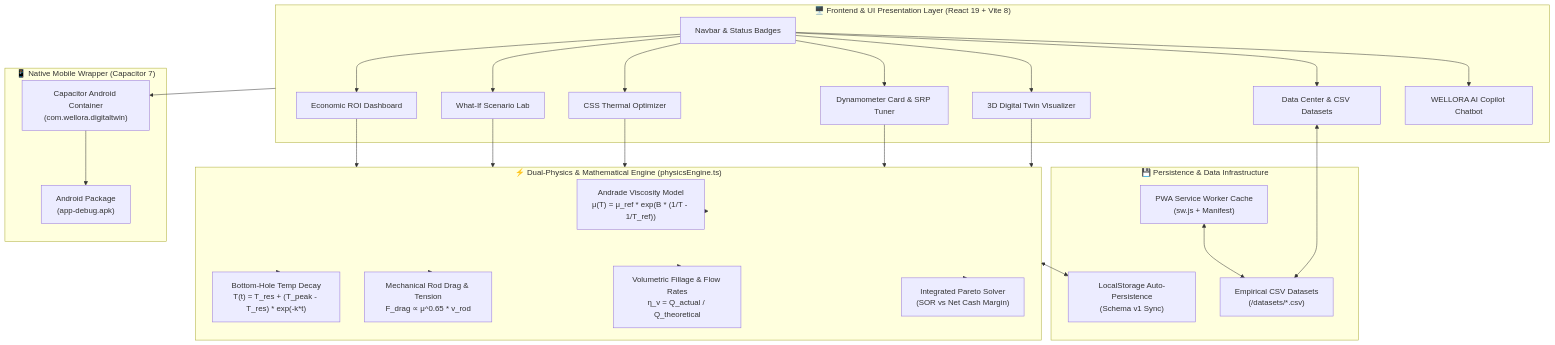
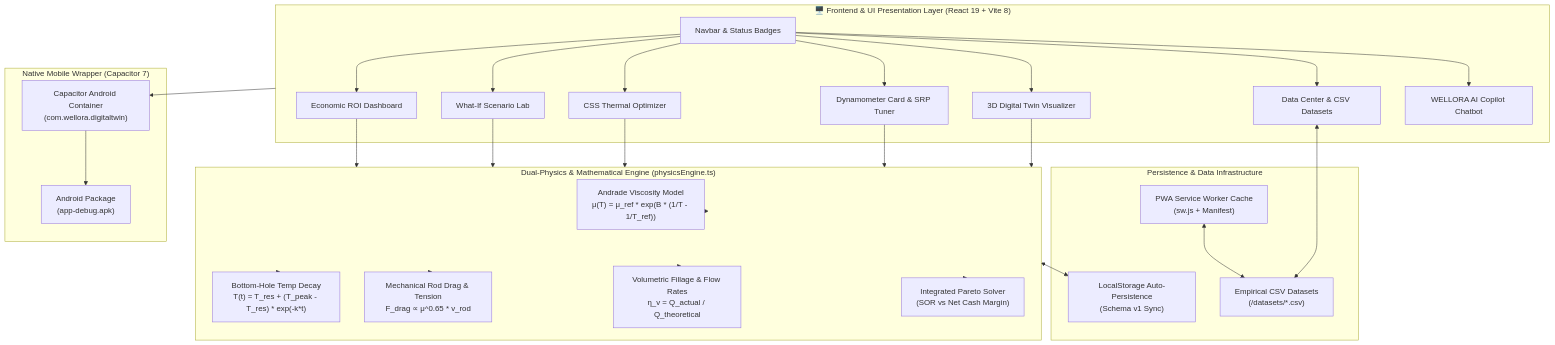
Before and after one commit to Mithesh6369894902/WELLORA: the diagram in README.md, drawn with Mermaid. The commit also changed other lines of this file, not shown here.

````diff
--- a/README.md
+++ b/README.md
@@ -30,40 +30,40 @@
 ```mermaid
 flowchart TB
     subgraph UI_Layer["🖥️ Frontend & UI Presentation Layer (React 19 + Vite 8)"]
         Nav["Navbar & Status Badges"]
         Twin3D["3D Digital Twin Visualizer"]
         Dynamo["Dynamometer Card & SRP Tuner"]
         CSS["CSS Thermal Optimizer"]
         Sandbox["What-If Scenario Lab"]
         ROI["Economic ROI Dashboard"]
         DataCenter["Data Center & CSV Datasets"]
         AICopilot["WELLORA AI Copilot Chatbot"]
     end
 
-    subgraph Physics_Engine["⚡ Dual-Physics & Mathematical Engine (physicsEngine.ts)"]
+    subgraph Physics_Engine[" Dual-Physics & Mathematical Engine (physicsEngine.ts)"]
         Andrade["Andrade Viscosity Model\nμ(T) = μ_ref * exp(B * (1/T - 1/T_ref))"]
         ThermalDecay["Bottom-Hole Temp Decay\nT(t) = T_res + (T_peak - T_res) * exp(-k*t)"]
         RodDrag["Mechanical Rod Drag & Tension\nF_drag ∝ μ^0.65 * v_rod"]
         FillageMath["Volumetric Fillage & Flow Rates\nη_v = Q_actual / Q_theoretical"]
         ParetoSolver["Integrated Pareto Solver\n(SOR vs Net Cash Margin)"]
     end
 
-    subgraph Storage_Layer["💾 Persistence & Data Infrastructure"]
+    subgraph Storage_Layer[" Persistence & Data Infrastructure"]
         LocalStorage["LocalStorage Auto-Persistence\n(Schema v1 Sync)"]
         ServiceWorker["PWA Service Worker Cache\n(sw.js + Manifest)"]
         Datasets["Empirical CSV Datasets\n(/datasets/*.csv)"]
     end
 
-    subgraph Native_Mobile["📱 Native Mobile Wrapper (Capacitor 7)"]
+    subgraph Native_Mobile[" Native Mobile Wrapper (Capacitor 7)"]
         CapacitorAndroid["Capacitor Android Container\n(com.wellora.digitaltwin)"]
         APK["Android Package\n(app-debug.apk)"]
     end
 
     Nav --> Twin3D & Dynamo & CSS & Sandbox & ROI & DataCenter & AICopilot
     Twin3D & Dynamo & CSS & Sandbox & ROI --> Physics_Engine
     Physics_Engine --> Andrade & ThermalDecay & RodDrag & FillageMath & ParetoSolver
     Physics_Engine <--> LocalStorage
     DataCenter <--> Datasets
     ServiceWorker <--> Datasets
     UI_Layer --> CapacitorAndroid --> APK
 ```
````
